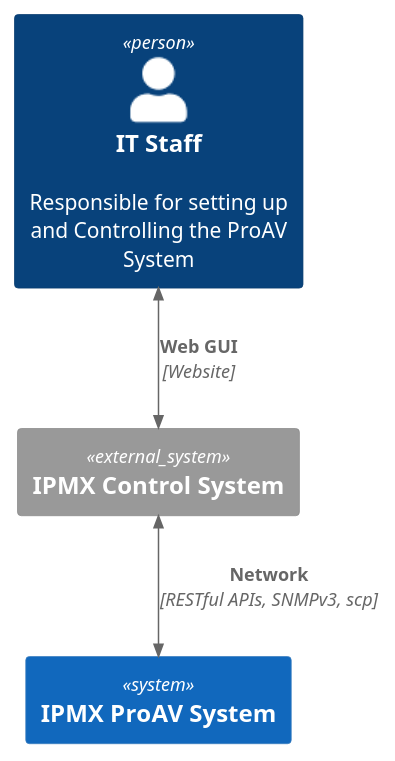
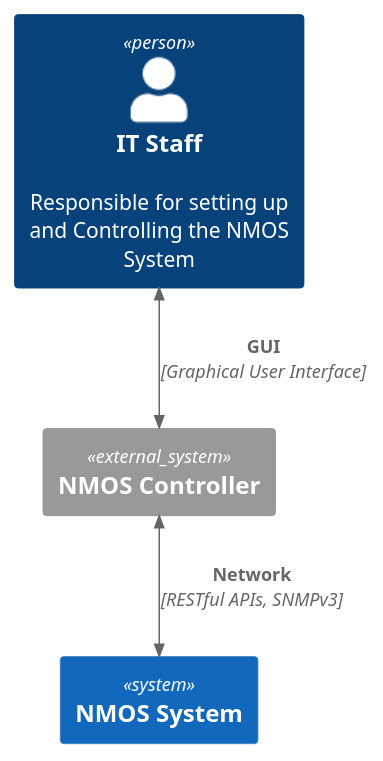
Before and after one commit to AMWA-TV/bcp-005-01: the diagram in docs/images/puml/ipmx_context_diagram.puml, drawn with PlantUML. The commit also changed 19 other files, not shown here.

First line of the commit message:
Update language in Architecture document (#45)

```diff
--- a/docs/images/puml/ipmx_context_diagram.puml
+++ b/docs/images/puml/ipmx_context_diagram.puml
@@ -1,10 +1,10 @@
 @startuml
 !include https://raw.githubusercontent.com/plantuml-stdlib/C4-PlantUML/master/C4_Container.puml
 
-Person(person, "IT Staff", "Responsible for setting up and Controlling the ProAV System")
-System_Ext(ics, "IPMX Control System")
-System(proav, "IPMX ProAV System")
+Person(person, "IT Staff", "Responsible for setting up and Controlling the NMOS System")
+System_Ext(ics, "NMOS Controller")
+System(proav, "NMOS System")
 
-BiRel(person, ics, "Web GUI", "Website")
-BiRel(ics, proav, "Network", "RESTful APIs, SNMPv3, scp")
+BiRel(person, ics, "GUI", "Graphical User Interface")
+BiRel(ics, proav, "Network", "RESTful APIs, SNMPv3")
 @enduml
```
